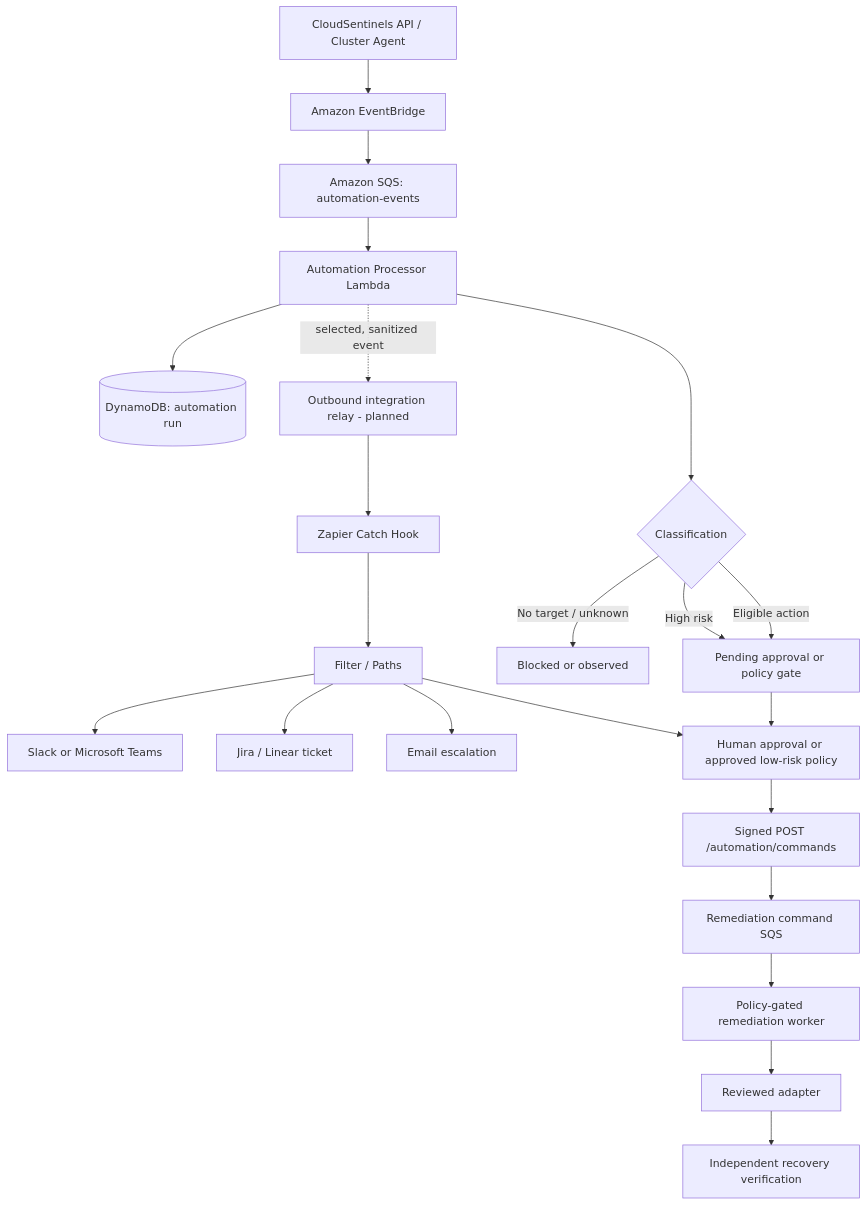
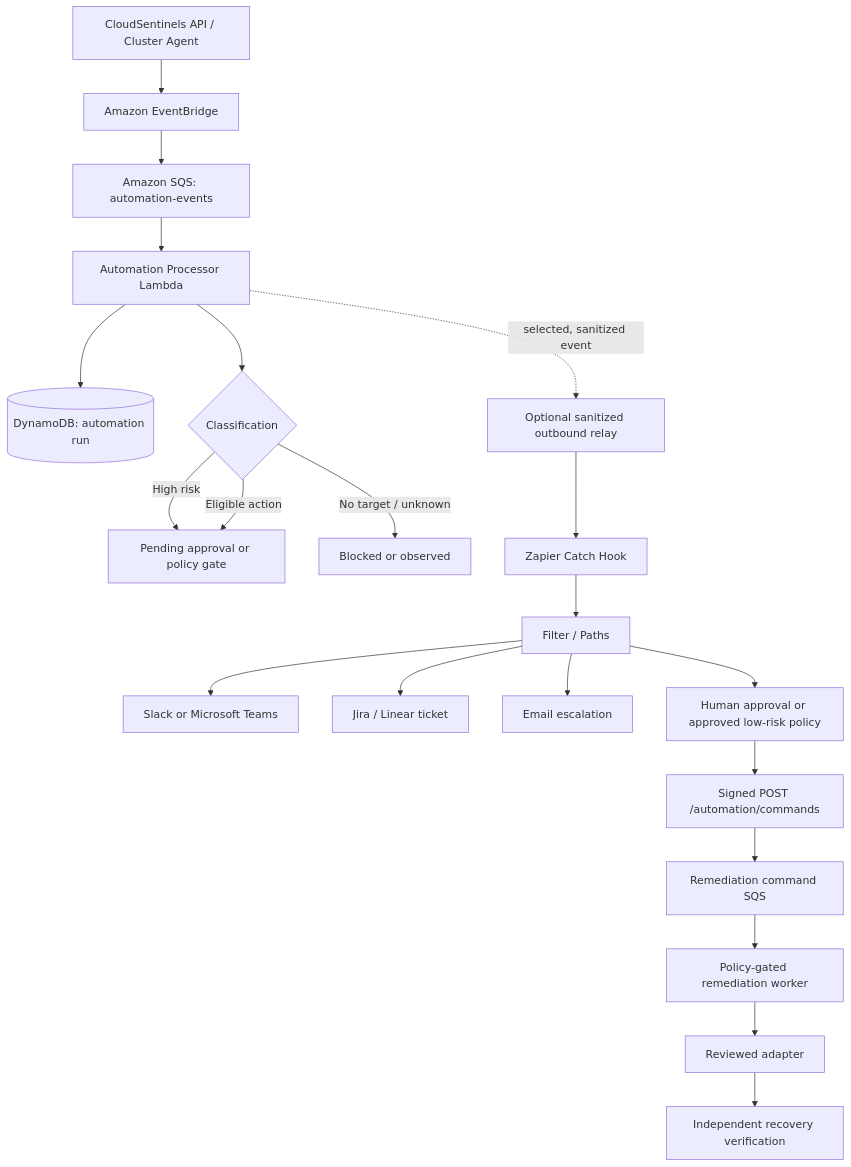
The diagram in deploy/automation/ZAPIER.md (ABHILASH9519/cloudsentinels), drawn with Mermaid before and after one commit. The commit also changed other lines of this file, not shown here.

Commit message:
Align Zapier architecture diagram and payload example with implementation

````diff
--- a/deploy/automation/ZAPIER.md
+++ b/deploy/automation/ZAPIER.md
@@ -14,24 +14,23 @@
 ```mermaid
 flowchart TD
   A[CloudSentinels API / Cluster Agent] --> B[Amazon EventBridge]
   B --> C[Amazon SQS: automation-events]
   C --> D[Automation Processor Lambda]
   D --> E[(DynamoDB: automation run)]
   D --> F{Classification}
   F -->|High risk| G[Pending human approval]
   F -->|No target / unknown| H[Blocked or observed]
   F -->|Eligible action| G[Pending approval or policy gate]
-  D -. selected, sanitized event .-> J[Outbound integration relay - planned]
+  D -. selected, sanitized event .-> J[Optional sanitized outbound relay]
   J --> K[Zapier Catch Hook]
   K --> L[Filter / Paths]
   L --> M[Slack or Microsoft Teams]
   L --> N[Jira / Linear ticket]
   L --> O[Email escalation]
-  L --> P[Human approval step]
-  G --> P[Human approval or approved low-risk policy]
+  L --> P[Human approval or approved low-risk policy]
   P --> Q[Signed POST /automation/commands]
   Q --> R[Remediation command SQS]
   R --> S[Policy-gated remediation worker]
   S --> T[Reviewed adapter]
   T --> U[Independent recovery verification]
 ```
````
